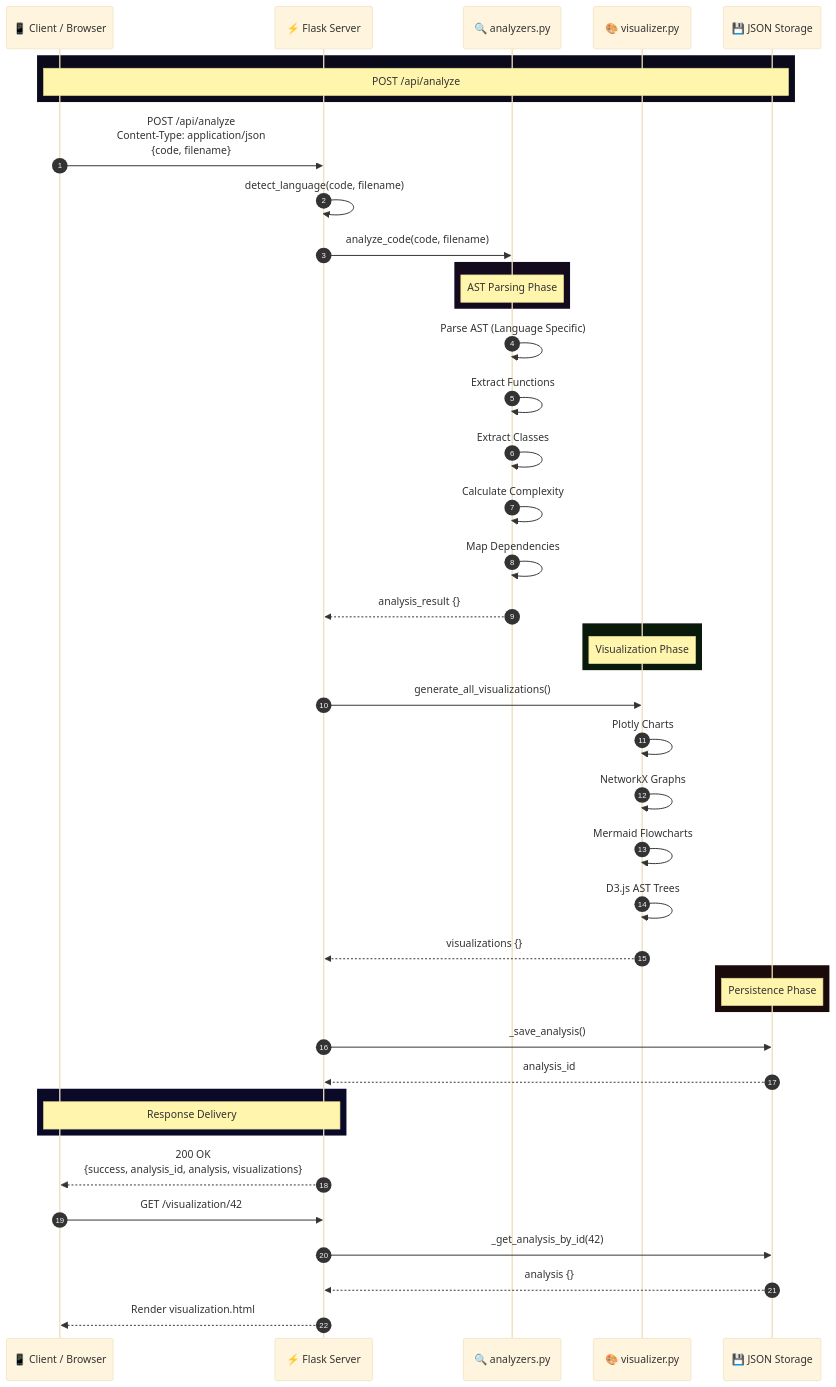
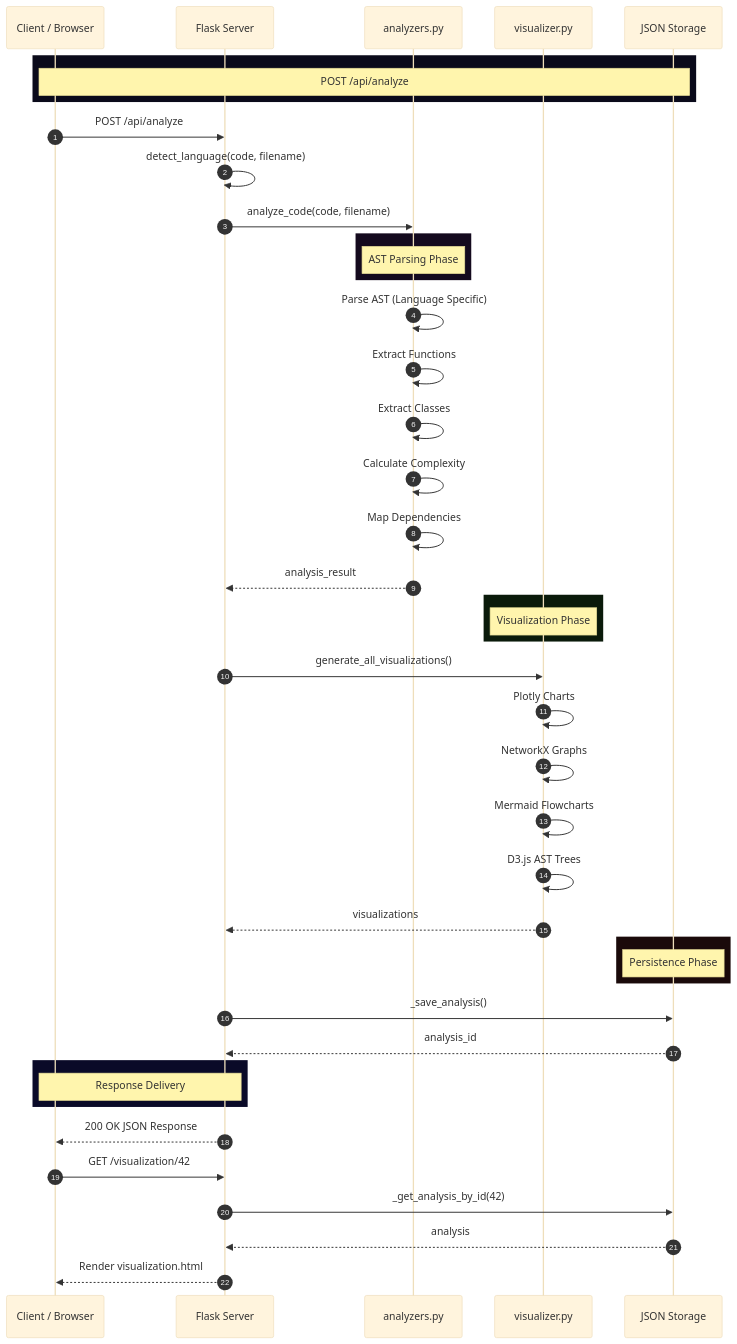
The tenth of 21 diagrams in README.md (issu321/Programming-Visualization), drawn with Mermaid (base theme) before and after one commit. The commit also changed other lines of this file, not shown here.

````diff
--- a/README.md
+++ b/README.md
@@ -885,57 +808,57 @@
 ```mermaid
 sequenceDiagram
     autonumber
-    participant CLIENT as 📱 Client / Browser
-    participant FLASK as ⚡ Flask Server
-    participant ANALYZER as 🔍 analyzers.py
-    participant VIZ as 🎨 visualizer.py
-    participant JSON as 💾 JSON Storage
+    participant CLIENT as Client / Browser
+    participant FLASK as Flask Server
+    participant ANALYZER as analyzers.py
+    participant VIZ as visualizer.py
+    participant JSON as JSON Storage
 
     rect rgb(10,10,26)
         Note over CLIENT,JSON: POST /api/analyze
     end
 
-    CLIENT->>FLASK: POST /api/analyze<br/>Content-Type: application/json<br/>{code, filename}
+    CLIENT->>FLASK: POST /api/analyze
     FLASK->>FLASK: detect_language(code, filename)
     FLASK->>ANALYZER: analyze_code(code, filename)
 
     rect rgb(20,10,30)
         Note over ANALYZER: AST Parsing Phase
     end
 
     ANALYZER->>ANALYZER: Parse AST (Language Specific)
     ANALYZER->>ANALYZER: Extract Functions
     ANALYZER->>ANALYZER: Extract Classes
     ANALYZER->>ANALYZER: Calculate Complexity
     ANALYZER->>ANALYZER: Map Dependencies
-    ANALYZER-->>FLASK: analysis_result {}
+    ANALYZER-->>FLASK: analysis_result
 
     rect rgb(10,26,10)
         Note over VIZ: Visualization Phase
     end
 
     FLASK->>VIZ: generate_all_visualizations()
     VIZ->>VIZ: Plotly Charts
     VIZ->>VIZ: NetworkX Graphs
     VIZ->>VIZ: Mermaid Flowcharts
     VIZ->>VIZ: D3.js AST Trees
-    VIZ-->>FLASK: visualizations {}
+    VIZ-->>FLASK: visualizations
 
     rect rgb(26,10,10)
         Note over JSON: Persistence Phase
     end
 
     FLASK->>JSON: _save_analysis()
     JSON-->>FLASK: analysis_id
 
     rect rgb(10,10,40)
         Note over CLIENT,FLASK: Response Delivery
     end
 
-    FLASK-->>CLIENT: 200 OK<br/>{success, analysis_id, analysis, visualizations}
+    FLASK-->>CLIENT: 200 OK JSON Response
 
     CLIENT->>FLASK: GET /visualization/42
     FLASK->>JSON: _get_analysis_by_id(42)
-    JSON-->>FLASK: analysis {}
+    JSON-->>FLASK: analysis
     FLASK-->>CLIENT: Render visualization.html
 ```
````
